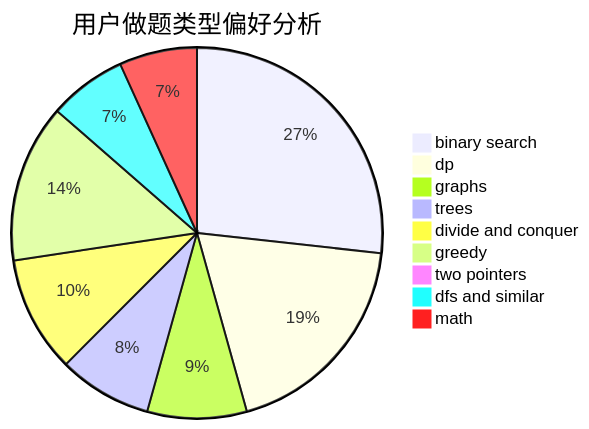
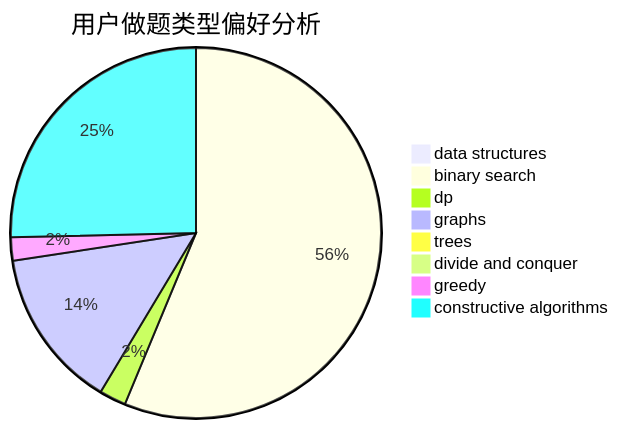
One commit to sherpahu/cfrs.github.io changed the second of 3 diagrams in docs/user/u2487.md. Above: the diagram before and after it, drawn with Mermaid. The commit also changed other lines of this file and 2775 other files, not shown here.

````diff
--- a/docs/user/u2487.md
+++ b/docs/user/u2487.md
@@ -23,12 +23,11 @@
 ```mermaid
 pie title 用户做题类型偏好分析
-    "binary search" :  256
-    "dp" :  181
-    "graphs" :  83
-    "trees" :  78
-    "divide and conquer" :  97
-    "greedy" :  132
-    "two pointers" :  2
-    "dfs and similar" :  65
-    "math" :  65
+    "data structures" :  0
+    "binary search" :  193
+    "dp" :  8
+    "graphs" :  48
+    "trees" :  0
+    "divide and conquer" :  0
+    "greedy" :  7
+    "constructive algorithms" :  87
 ```
````
